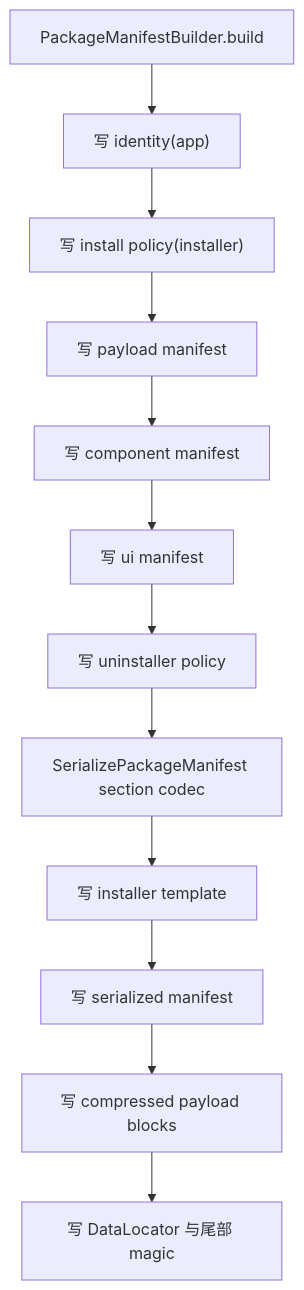
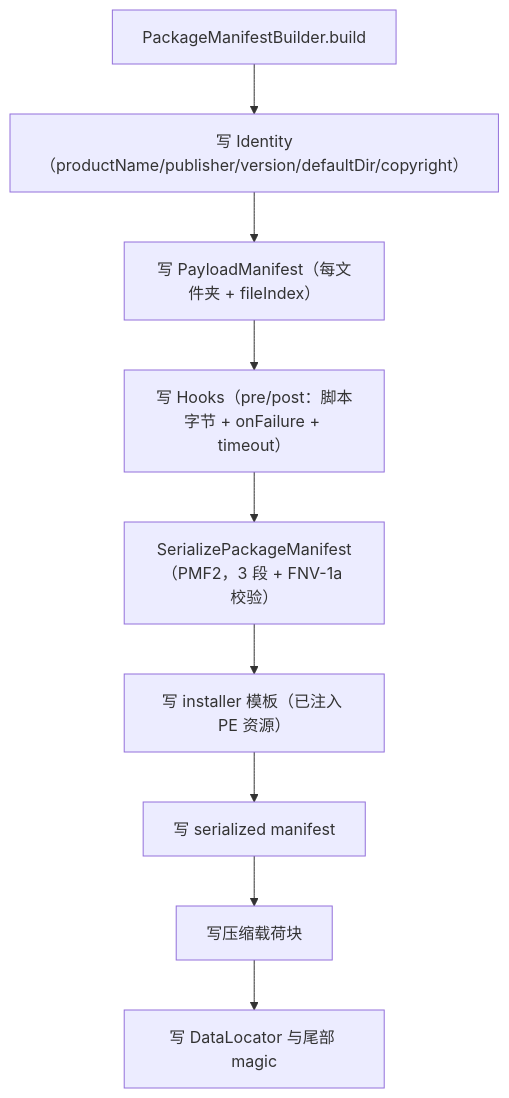
Before and after one commit to lu020218/Multi-Threaded_Installer: the fifth of 6 diagrams in docs/打包器流程图.md, drawn with Mermaid. The commit also changed other lines of this file and 78 other files, not shown here.

````diff
--- a/docs/打包器流程图.md
+++ b/docs/打包器流程图.md
@@ -87,14 +85,11 @@
 ```mermaid
 flowchart TD
-    A["PackageManifestBuilder.build"] --> B["写 identity(app)"]
-    B --> C["写 install policy(installer)"]
-    C --> D["写 payload manifest"]
-    D --> E["写 component manifest"]
-    E --> F["写 ui manifest"]
-    F --> G["写 uninstaller policy"]
-    G --> H["SerializePackageManifest section codec"]
-    H --> I["写 installer template"]
-    I --> J["写 serialized manifest"]
-    J --> K["写 compressed payload blocks"]
-    K --> L["写 DataLocator 与尾部 magic"]
+    A["PackageManifestBuilder.build"] --> B["写 Identity（productName/publisher/version/defaultDir/copyright）"]
+    B --> C["写 PayloadManifest（每文件夹 + fileIndex）"]
+    C --> D["写 Hooks（pre/post：脚本字节 + onFailure + timeout）"]
+    D --> E["SerializePackageManifest（PMF2，3 段 + FNV-1a 校验）"]
+    E --> F["写 installer 模板（已注入 PE 资源）"]
+    F --> G["写 serialized manifest"]
+    G --> H["写压缩载荷块"]
+    H --> I["写 DataLocator 与尾部 magic"]
 ```
````
